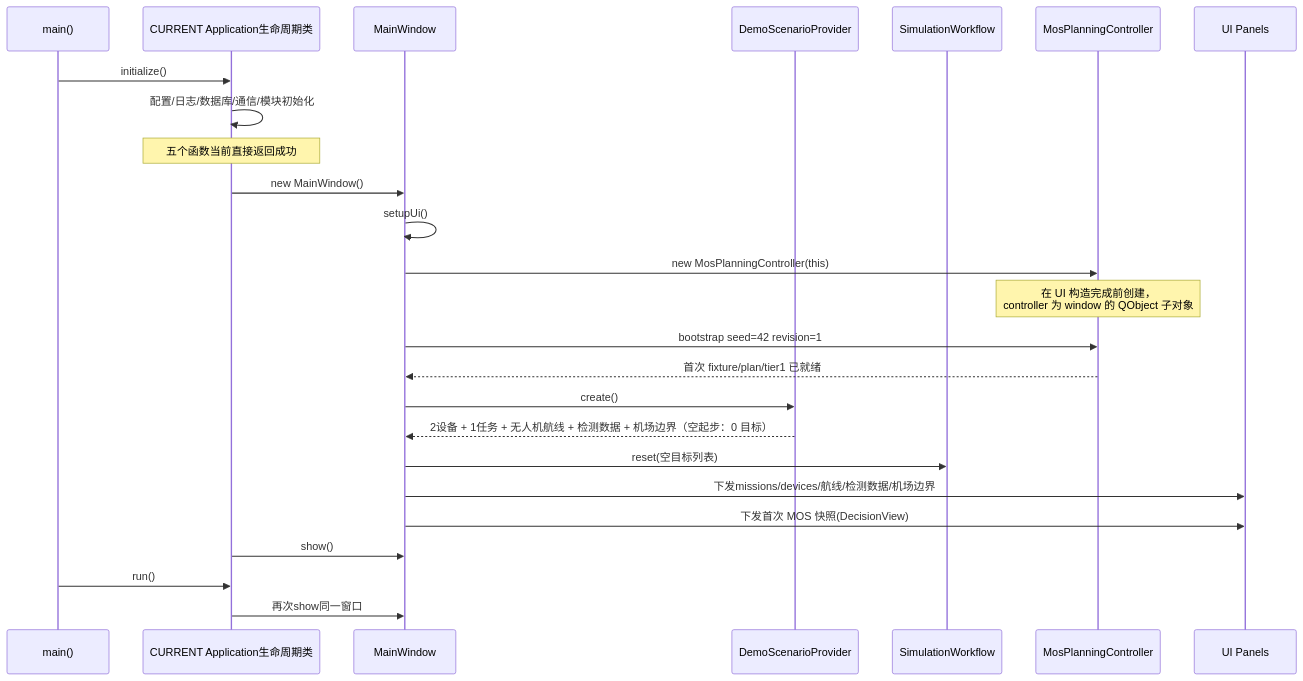
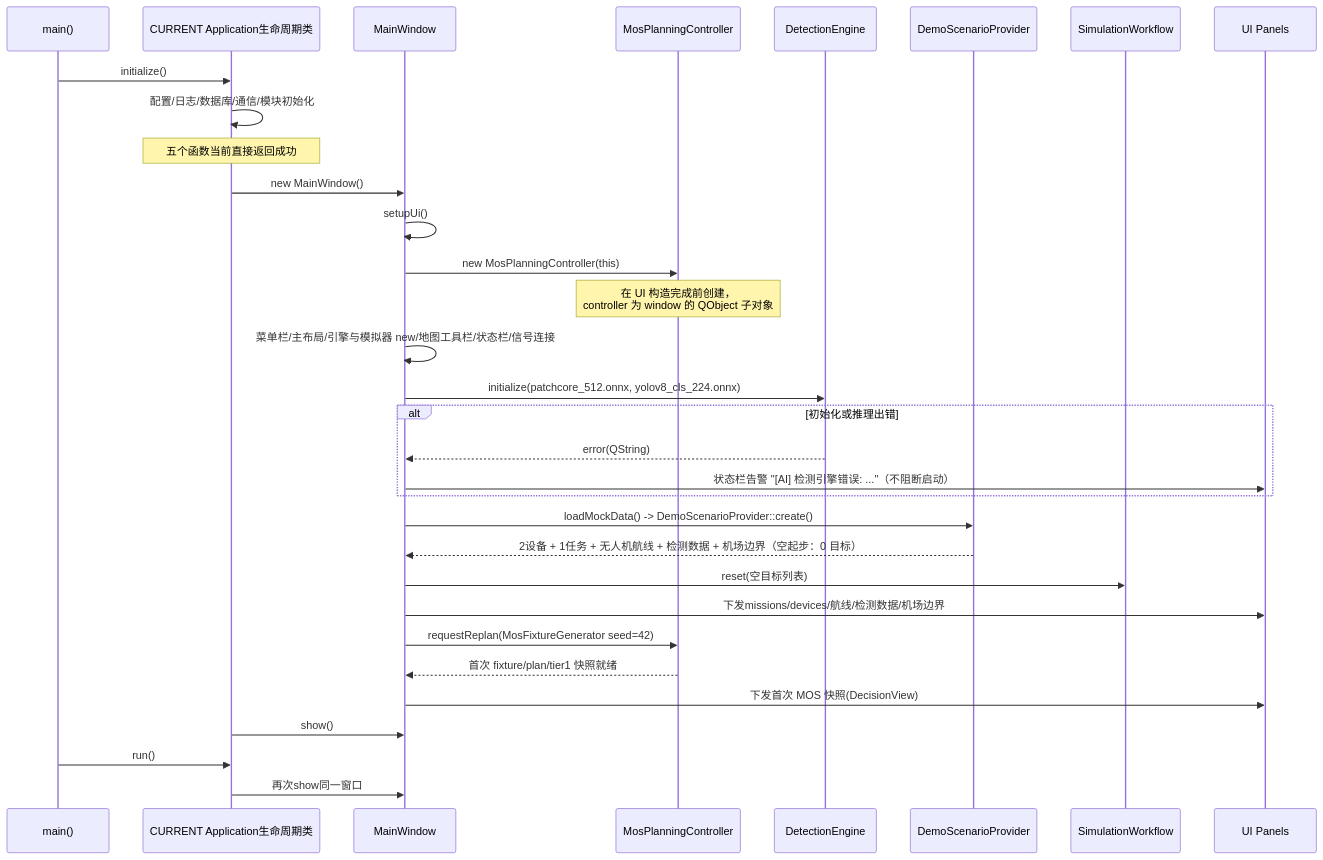
Before and after one commit to wbzzzd/UXO_v1: the diagram in docs/architecture/startup.md, drawn with Mermaid. The commit also changed other lines of this file and 3 other files, not shown here.

````diff
--- a/docs/architecture/startup.md
+++ b/docs/architecture/startup.md
@@ -5,28 +5,35 @@
 ```mermaid
 sequenceDiagram
     participant Main as main()
     participant App as CURRENT Application生命周期类
     participant Window as MainWindow
+    participant Ctrl as MosPlanningController
+    participant Engine as DetectionEngine
     participant Demo as DemoScenarioProvider
     participant Flow as SimulationWorkflow
-    participant Ctrl as MosPlanningController
     participant Panels as UI Panels
 
     Main->>App: initialize()
     App->>App: 配置/日志/数据库/通信/模块初始化
     Note over App: 五个函数当前直接返回成功
     App->>Window: new MainWindow()
     Window->>Window: setupUi()
     Window->>Ctrl: new MosPlanningController(this)
     Note over Ctrl: 在 UI 构造完成前创建，<br/>controller 为 window 的 QObject 子对象
-    Window->>Ctrl: bootstrap seed=42 revision=1
-    Ctrl-->>Window: 首次 fixture/plan/tier1 已就绪
-    Window->>Demo: create()
+    Window->>Window: 菜单栏/主布局/引擎与模拟器 new/地图工具栏/状态栏/信号连接
+    Window->>Engine: initialize(patchcore_512.onnx, yolov8_cls_224.onnx)
+    alt 初始化或推理出错
+        Engine-->>Window: error(QString)
+        Window->>Panels: 状态栏告警 "[AI] 检测引擎错误: ..."（不阻断启动）
+    end
+    Window->>Demo: loadMockData() -> DemoScenarioProvider::create()
     Demo-->>Window: 2设备 + 1任务 + 无人机航线 + 检测数据 + 机场边界（空起步：0 目标）
     Window->>Flow: reset(空目标列表)
     Window->>Panels: 下发missions/devices/航线/检测数据/机场边界
+    Window->>Ctrl: requestReplan(MosFixtureGenerator seed=42)
+    Ctrl-->>Window: 首次 fixture/plan/tier1 快照就绪
     Window->>Panels: 下发首次 MOS 快照(DecisionView)
     App->>Window: show()
     Main->>App: run()
     App->>Window: 再次show同一窗口
 ```
````
